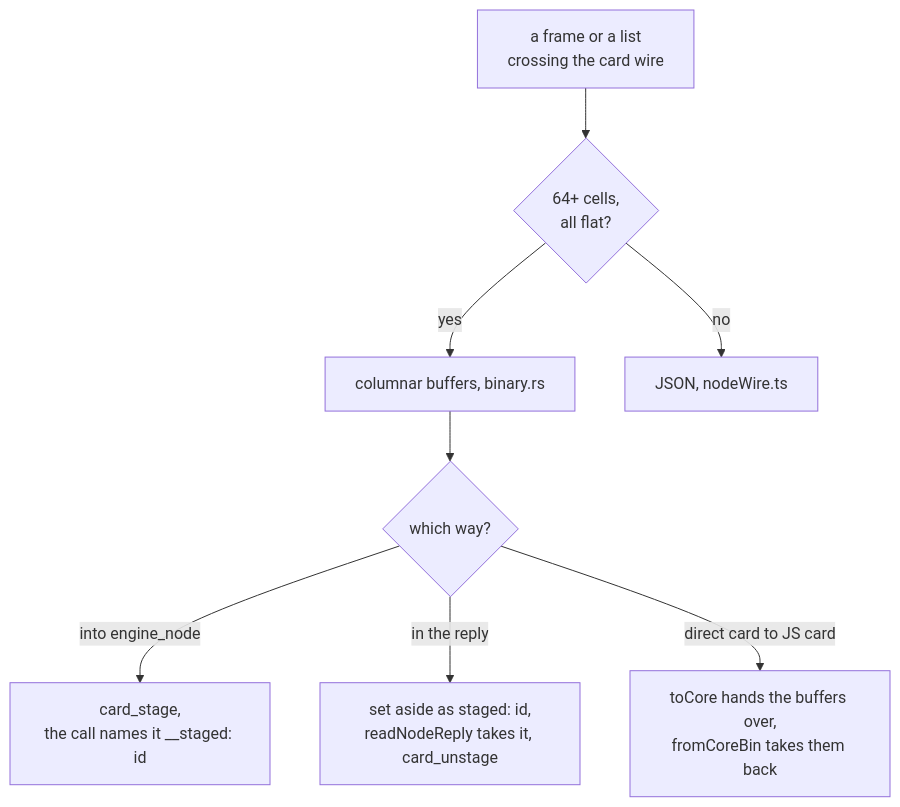
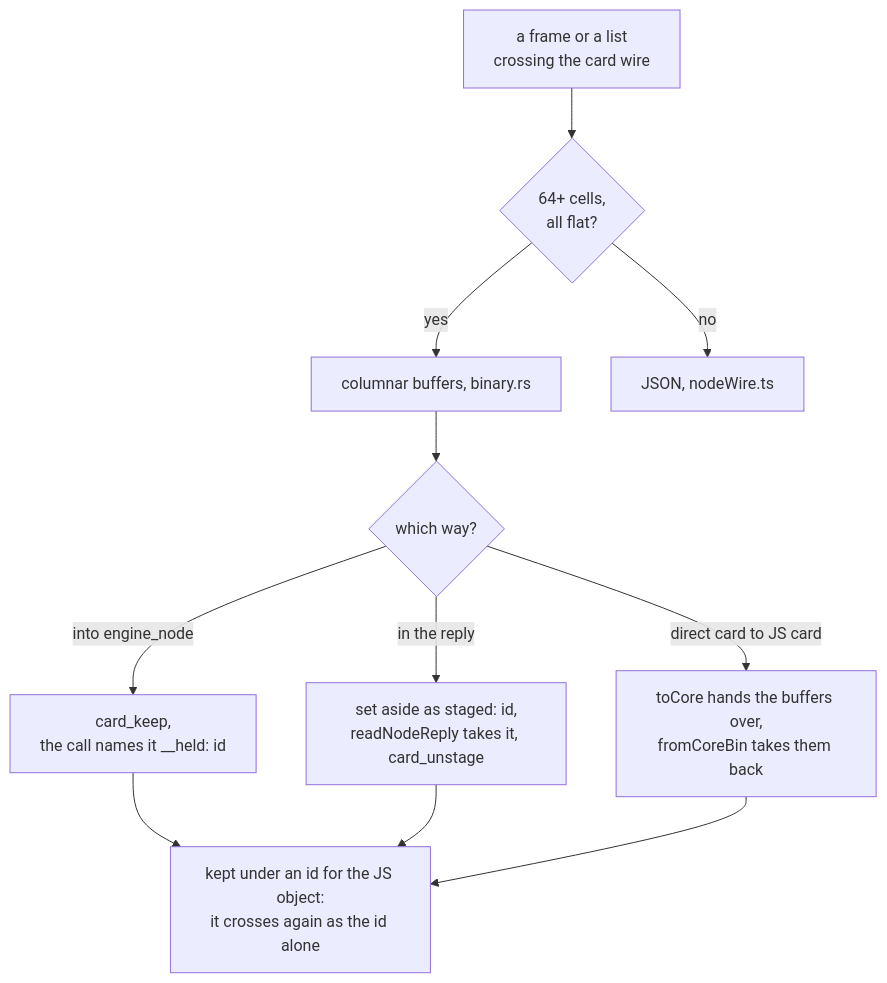
One commit to bubba8587/solenoid changed the fourth of 5 diagrams in tree/specs/computation/node-bodies.md. Above: the diagram before and after it, drawn with Mermaid. The commit also changed other lines of this file and 27 other files, not shown here.

````diff
--- a/tree/specs/computation/node-bodies.md
+++ b/tree/specs/computation/node-bodies.md
@@ -75,10 +75,11 @@
 ```mermaid
 flowchart TD
     val["a frame or a list<br>crossing the card wire"] --> q{"64+ cells,<br>all flat?"}
     q -->|yes| bin["columnar buffers, binary.rs"]
     q -->|no| json["JSON, nodeWire.ts"]
     bin --> inq{"which way?"}
-    inq -->|"into engine_node"| st["card_stage,<br>the call names it __staged: id"]
+    inq -->|"into engine_node"| st["card_keep,<br>the call names it __held: id"]
     inq -->|"in the reply"| un["set aside as staged: id,<br>readNodeReply takes it, card_unstage"]
     inq -->|"direct card to JS card"| host["toCore hands the buffers over,<br>fromCoreBin takes them back"]
+    st & un & host --> kept["kept under an id for the JS object:<br>it crosses again as the id alone"]
 ```
````
